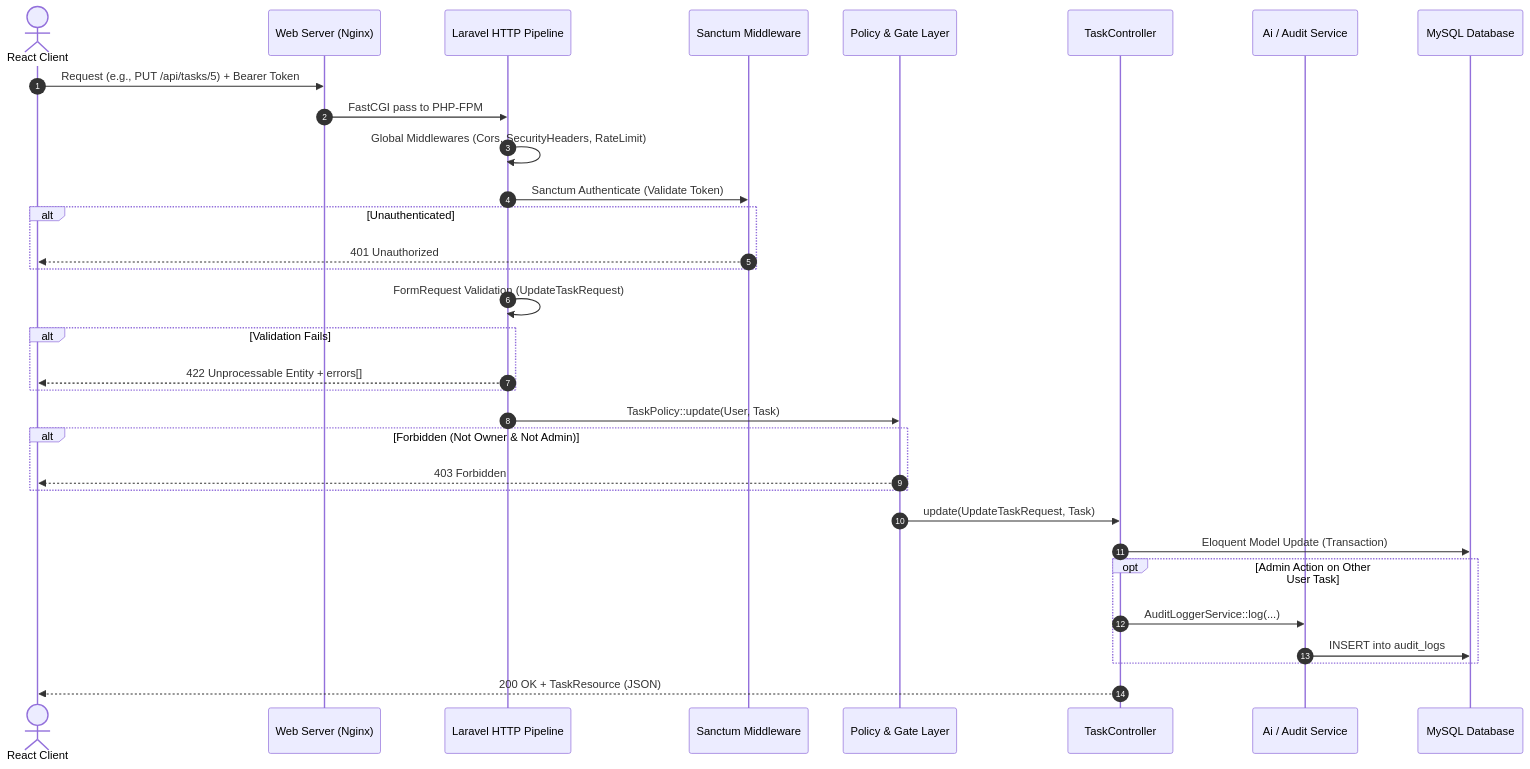
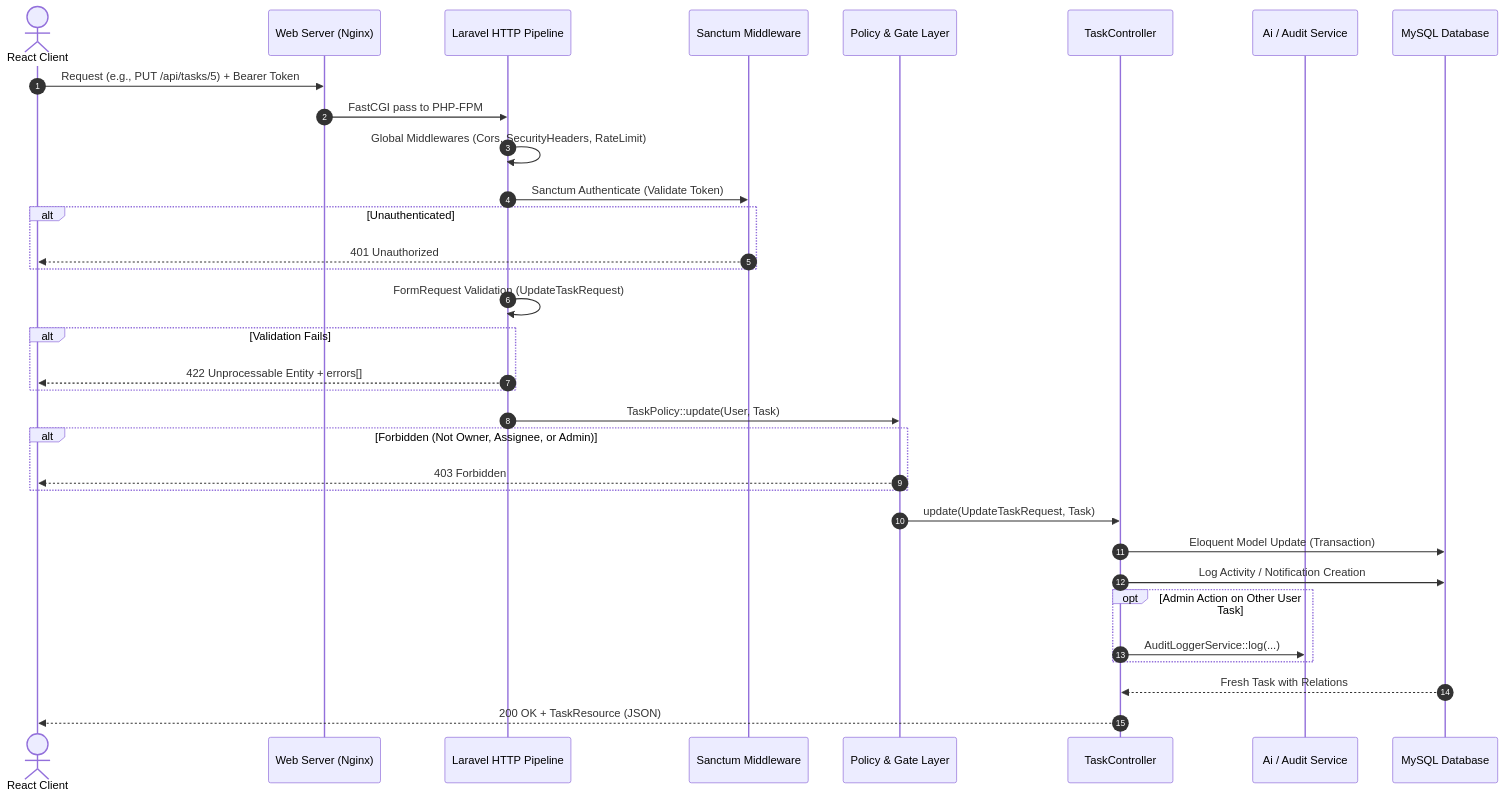
One commit to 00Thirt13n/taskflow changed the second of 2 diagrams in docs/architecture.md. Above: the diagram before and after it, drawn with Mermaid. The commit also changed other lines of this file and 11 other files, not shown here.

````diff
--- a/docs/architecture.md
+++ b/docs/architecture.md
@@ -30,35 +58,36 @@
 ```mermaid
 sequenceDiagram
     autonumber
     actor Client as React Client
     participant Web as Web Server (Nginx)
     participant Kernel as Laravel HTTP Pipeline
     participant Auth as Sanctum Middleware
     participant Policy as Policy & Gate Layer
     participant Controller as TaskController
     participant Service as Ai / Audit Service
     participant DB as MySQL Database
 
     Client->>Web: Request (e.g., PUT /api/tasks/5) + Bearer Token
     Web->>Kernel: FastCGI pass to PHP-FPM
     Kernel->>Kernel: Global Middlewares (Cors, SecurityHeaders, RateLimit)
     Kernel->>Auth: Sanctum Authenticate (Validate Token)
     alt Unauthenticated
         Auth-->>Client: 401 Unauthorized
     end
     Kernel->>Kernel: FormRequest Validation (UpdateTaskRequest)
     alt Validation Fails
         Kernel-->>Client: 422 Unprocessable Entity + errors[]
     end
     Kernel->>Policy: TaskPolicy::update(User, Task)
-    alt Forbidden (Not Owner & Not Admin)
+    alt Forbidden (Not Owner, Assignee, or Admin)
         Policy-->>Client: 403 Forbidden
     end
     Policy->>Controller: update(UpdateTaskRequest, Task)
     Controller->>DB: Eloquent Model Update (Transaction)
+    Controller->>DB: Log Activity / Notification Creation
     opt Admin Action on Other User Task
         Controller->>Service: AuditLoggerService::log(...)
-        Service->>DB: INSERT into audit_logs
     end
+    DB-->>Controller: Fresh Task with Relations
     Controller-->>Client: 200 OK + TaskResource (JSON)
 ```
````
